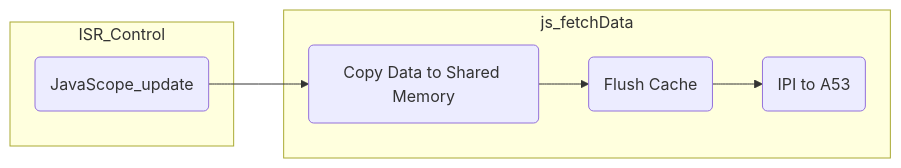
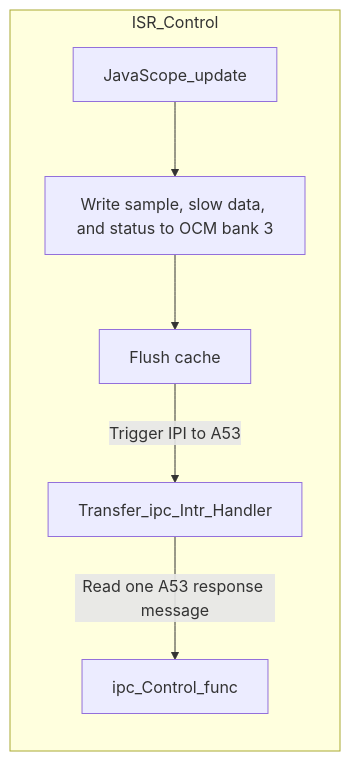
One commit to ultrazohm/ultrazohm_sw changed the diagram in docs/source/guide/rpu_software/datamover_r5.rst. Above: the diagram before and after it, drawn with Mermaid. The commit also changed other lines of this file and 4 other files, not shown here.

Commit message:
- update datamover_r5 - add details in datamover_a53 - polish adjacents docs: typos, mermaid graph

```diff
--- a/docs/source/guide/rpu_software/datamover_r5.rst
+++ b/docs/source/guide/rpu_software/datamover_r5.rst
@@ -23,13 +26,11 @@
 .. mermaid::
     :align: center
-    :caption: Signal flow of data mover
+    :caption: R5-side view of the data mover
 
     graph LR
       subgraph ISR_Control
-          A(JavaScope_update)
-      end 
-      subgraph js_fetchData
-          A-->B(Copy Data to Shared Memory)
-          B-->C(Flush Cache)
-          C-->D(IPI to A53)
+          JavaScope_update --> write["Write sample, slow data, and status to OCM bank 3"]
+          write --> flush["Flush cache"]
+          flush -->|"Trigger IPI to A53"| Transfer_ipc_Intr_Handler
+          Transfer_ipc_Intr_Handler -->|"Read one A53 response message"| ipc_Control_func
       end
```
